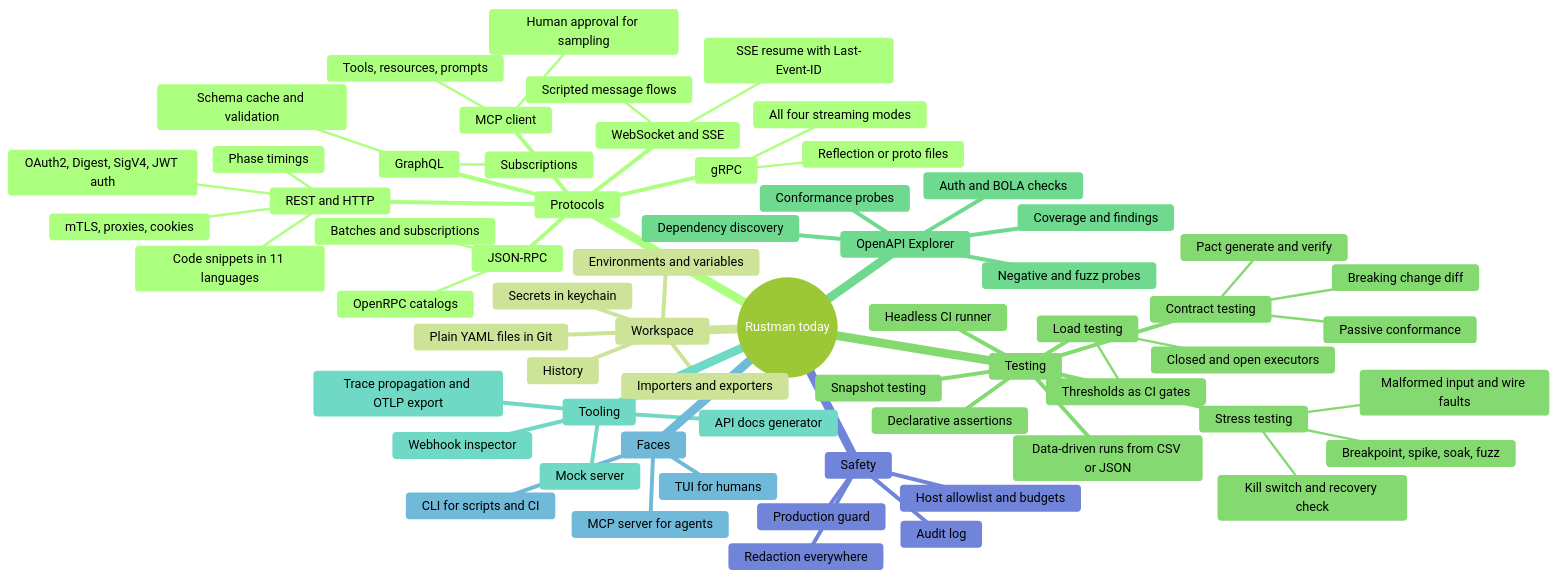
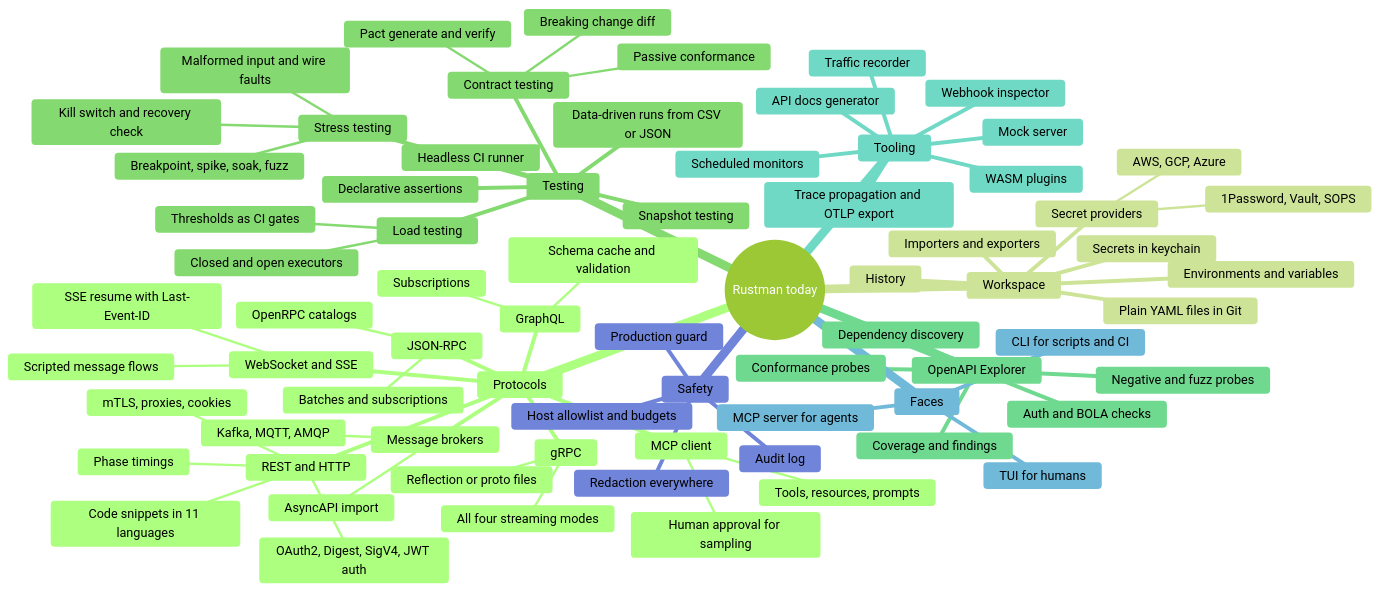
Before and after one commit to CyberdyneCorp/rustman: the first of 3 diagrams in README.md, drawn with Mermaid (forest theme). The commit also changed other lines of this file and 15 other files, not shown here.

First line of the commit message:
README and roadmap: v0.7 done, EVM toolkit in progress

````diff
--- a/README.md
+++ b/README.md
@@ -63,67 +63,76 @@
 ```mermaid
 mindmap
   root((Rustman today))
     Protocols
       REST and HTTP
         OAuth2, Digest, SigV4, JWT auth
         Code snippets in 11 languages
         mTLS, proxies, cookies
         Phase timings
       GraphQL
         Schema cache and validation
         Subscriptions
       MCP client
         Tools, resources, prompts
         Human approval for sampling
       gRPC
         Reflection or proto files
         All four streaming modes
       JSON-RPC
         Batches and subscriptions
         OpenRPC catalogs
       WebSocket and SSE
         Scripted message flows
         SSE resume with Last-Event-ID
+      Message brokers
+        Kafka, MQTT, AMQP
+        AsyncAPI import
     Workspace
       Plain YAML files in Git
       Environments and variables
       Secrets in keychain
+      Secret providers
+        1Password, Vault, SOPS
+        AWS, GCP, Azure
       Importers and exporters
       History
     Testing
       Declarative assertions
       Snapshot testing
       Headless CI runner
       Data-driven runs from CSV or JSON
       Load testing
         Closed and open executors
         Thresholds as CI gates
       Stress testing
         Breakpoint, spike, soak, fuzz
         Malformed input and wire faults
         Kill switch and recovery check
       Contract testing
         Breaking change diff
         Pact generate and verify
         Passive conformance
     OpenAPI Explorer
       Dependency discovery
       Conformance probes
       Negative and fuzz probes
       Auth and BOLA checks
       Coverage and findings
     Tooling
       Mock server
       Webhook inspector
       API docs generator
       Trace propagation and OTLP export
+      Traffic recorder
+      Scheduled monitors
+      WASM plugins
     Faces
       TUI for humans
       CLI for scripts and CI
       MCP server for agents
     Safety
       Host allowlist and budgets
       Production guard
       Redaction everywhere
       Audit log
 ```
````
